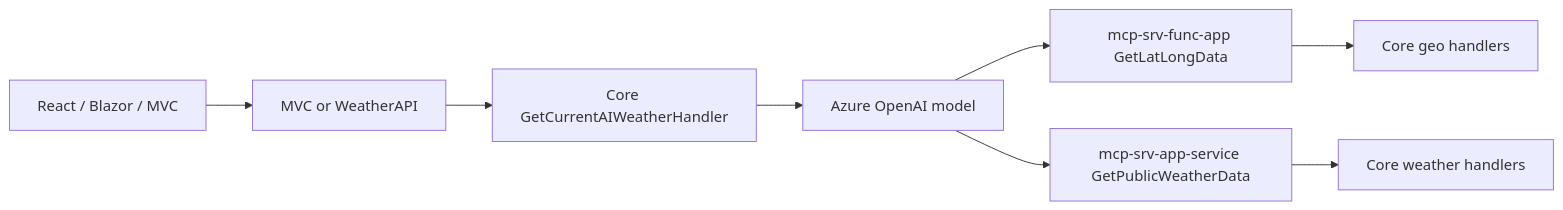
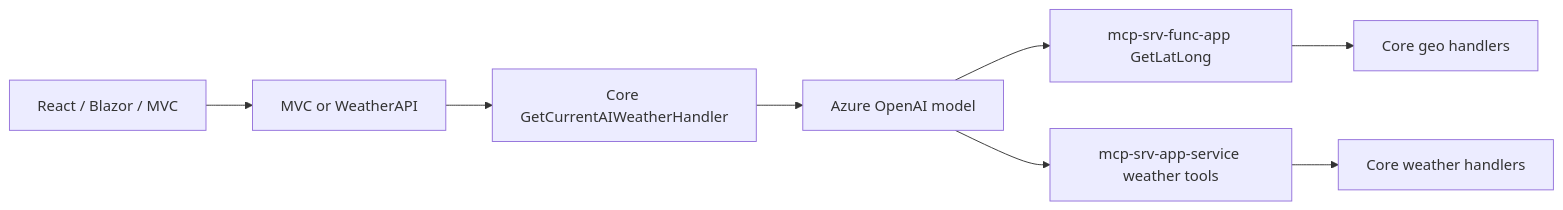
One commit to dustinkorzaan/weather-1116 changed the second of 2 diagrams in docs/architecture.md. Above: the diagram before and after it, drawn with Mermaid. The commit also changed other lines of this file and 49 other files, not shown here.

First line of the commit message:
Add public weather current, forecast, and history tools (#184)

````diff
--- a/docs/architecture.md
+++ b/docs/architecture.md
@@ -94,19 +94,19 @@
 ```mermaid
 flowchart LR
   UI[React / Blazor / MVC]
   API[MVC or WeatherAPI]
   Core[Core GetCurrentAIWeatherHandler]
   Model[Azure OpenAI model]
-  McpSrvFuncApp[mcp-srv-func-app GetLatLongData]
-  McpSrvAppService[mcp-srv-app-service GetPublicWeatherData]
+  McpSrvFuncApp[mcp-srv-func-app GetLatLong]
+  McpSrvAppService[mcp-srv-app-service weather tools]
   CoreGeo[Core geo handlers]
   CoreWx[Core weather handlers]
 
   UI --> API
   API --> Core
   Core --> Model
   Model --> McpSrvFuncApp
   Model --> McpSrvAppService
   McpSrvFuncApp --> CoreGeo
   McpSrvAppService --> CoreWx
 ```
````
